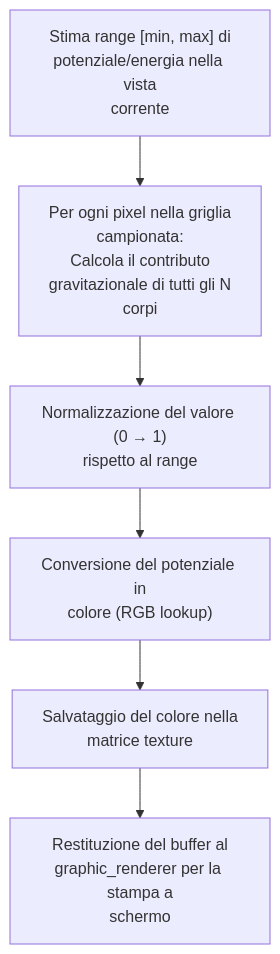
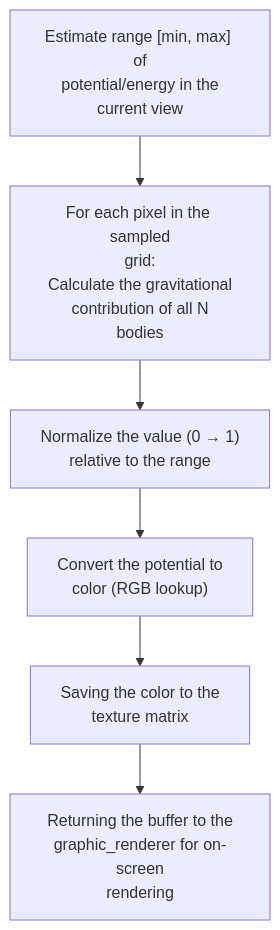
Before and after one commit to alessandro-pioli/AstroCausal_Engine: the fifth of 11 diagrams in ARCHITECTURE_DEEP_DIVE.md, drawn with Mermaid. The commit also changed other lines of this file and 5 other files, not shown here.

````diff
--- a/ARCHITECTURE_DEEP_DIVE.md
+++ b/ARCHITECTURE_DEEP_DIVE.md
@@ -457,8 +460,8 @@
 ```mermaid
 flowchart TD
-    A["Stima range [min, max] di<br/>potenziale/energia nella vista<br/>corrente"] --> B["Per ogni pixel nella griglia<br/>campionata:<br/>Calcola il contributo<br/>gravitazionale di tutti gli N<br/>corpi"]
-    B --> C["Normalizzazione del valore (0 → 1)<br/>rispetto al range"]
-    C --> D["Conversione del potenziale in<br/>colore (RGB lookup)"]
-    D --> E["Salvataggio del colore nella<br/>matrice texture"]
-    E --> F["Restituzione del buffer al<br/>graphic_renderer per la stampa a<br/>schermo"]
+    A["Estimate range [min, max] of<br/>potential/energy in the<br/>current view"] --> B["For each pixel in the sampled<br/>grid:<br/>Calculate the gravitational<br/>contribution of all N<br/>bodies"]
+    B --> C["Normalize the value (0 → 1)<br/>relative to the range"]
+    C --> D["Convert the potential to<br/>color (RGB lookup)"]
+    D --> E["Saving the color to the<br/>texture matrix"]
+    E --> F["Returning the buffer to the<br/>graphic_renderer for on-screen<br/>rendering"]
 ```
````
